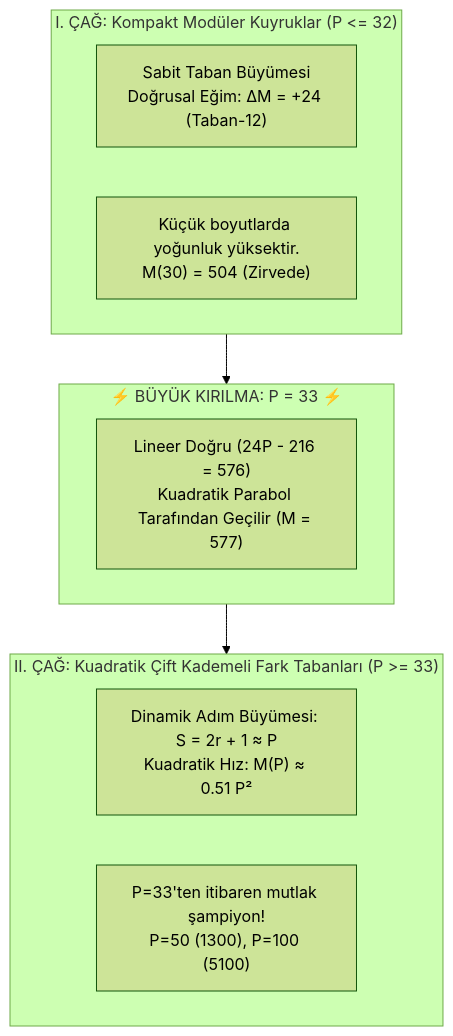
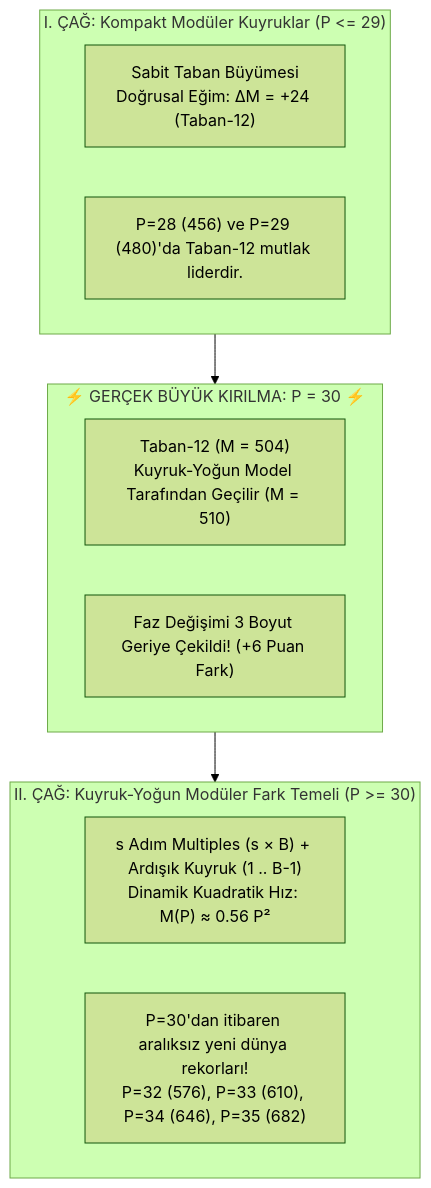
The diagram in PSPP/pspp 0826/docs/3_boyut_analizleri_ve_rekorlar/PSPP_P33_P34_KIRILMA_NOKTASI_VE_KUADRATIK_DONEM.md (TolgaOKurt/Ugraslar), drawn with Mermaid (forest theme) before and after one commit. The commit also changed other lines of this file and 10 other files, not shown here.

````diff
--- a/PSPP/pspp 0826/docs/3_boyut_analizleri_ve_rekorlar/PSPP_P33_P34_KIRILMA_NOKTASI_VE_KUADRATIK_DONEM.md
+++ b/PSPP/pspp 0826/docs/3_boyut_analizleri_ve_rekorlar/PSPP_P33_P34_KIRILMA_NOKTASI_VE_KUADRATIK_DONEM.md
@@ -9,19 +11,20 @@
 ```mermaid
 graph TD
-    subgraph Moduler_Cag ["I. ÇAĞ: Kompakt Modüler Kuyruklar (P <= 32)"]
+    subgraph Moduler_Cag ["I. ÇAĞ: Kompakt Modüler Kuyruklar (P <= 29)"]
         M1["Sabit Taban Büyümesi<br>Doğrusal Eğim: ΔM = +24 (Taban-12)"]
-        M2["Küçük boyutlarda yoğunluk yüksektir.<br>M(30) = 504 (Zirvede)"]
+        M2["P=28 (456) ve P=29 (480)'da Taban-12 mutlak liderdir."]
     end
 
-    subgraph Kirilma ["⚡ BÜYÜK KIRILMA: P = 33 ⚡"]
-        K1["Lineer Doğru (24P - 216 = 576)<br>Kuadratik Parabol Tarafından Geçilir (M = 577)"]
+    subgraph Kirilma ["⚡ GERÇEK BÜYÜK KIRILMA: P = 30 ⚡"]
+        K1["Taban-12 (M = 504)<br>Kuyruk-Yoğun Model Tarafından Geçilir (M = 510)"]
+        K2["Faz Değişimi 3 Boyut Geriye Çekildi! (+6 Puan Fark)"]
     end
 
-    subgraph Kuadratik_Cag ["II. ÇAĞ: Kuadratik Çift Kademeli Fark Tabanları (P >= 33)"]
-        Q1["Dinamik Adım Büyümesi: S = 2r + 1 ≈ P<br>Kuadratik Hız: M(P) ≈ 0.51 P²"]
-        Q2["P=33'ten itibaren mutlak şampiyon!<br>P=50 (1300), P=100 (5100)"]
+    subgraph Kuadratik_Cag ["II. ÇAĞ: Kuyruk-Yoğun Modüler Fark Temeli (P >= 30)"]
+        Q1["s Adım Multiples (s × B) + Ardışık Kuyruk (1 .. B-1)<br>Dinamik Kuadratik Hız: M(P) ≈ 0.56 P²"]
+        Q2["P=30'dan itibaren aralıksız yeni dünya rekorları!<br>P=32 (576), P=33 (610), P=34 (646), P=35 (682)"]
     end
 
     Moduler_Cag --> Kirilma
     Kirilma --> Kuadratik_Cag
 ```
````
